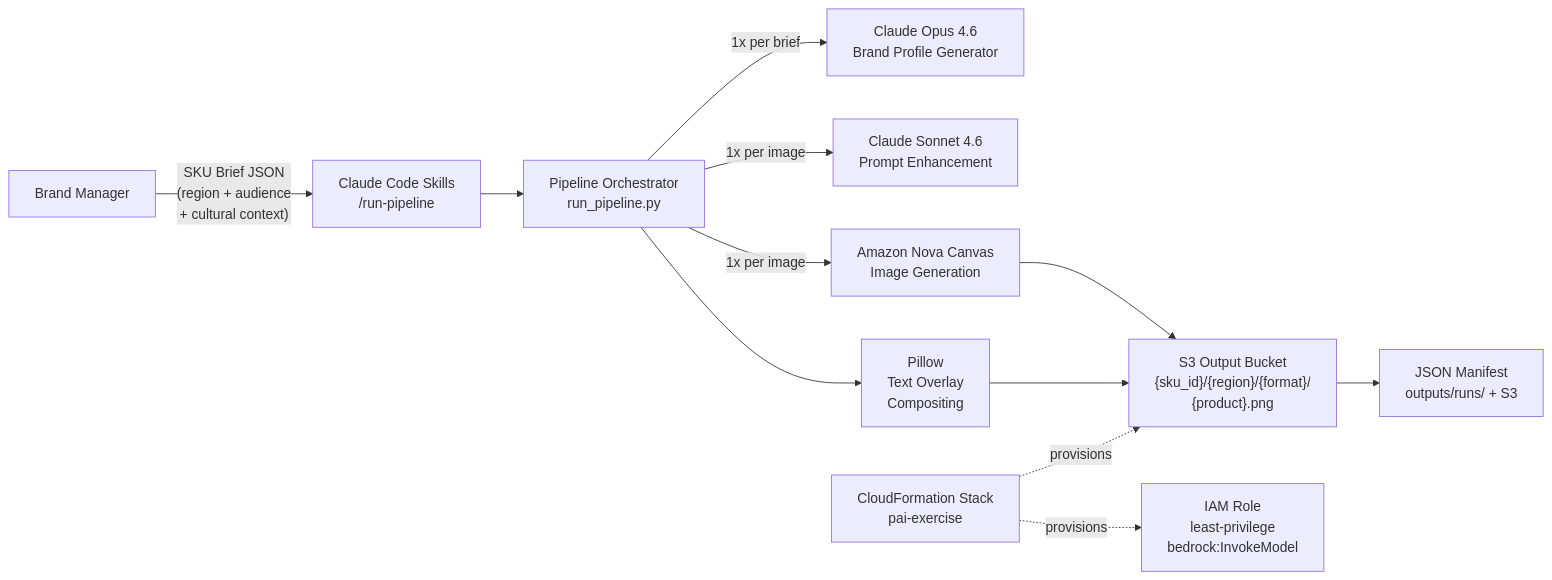
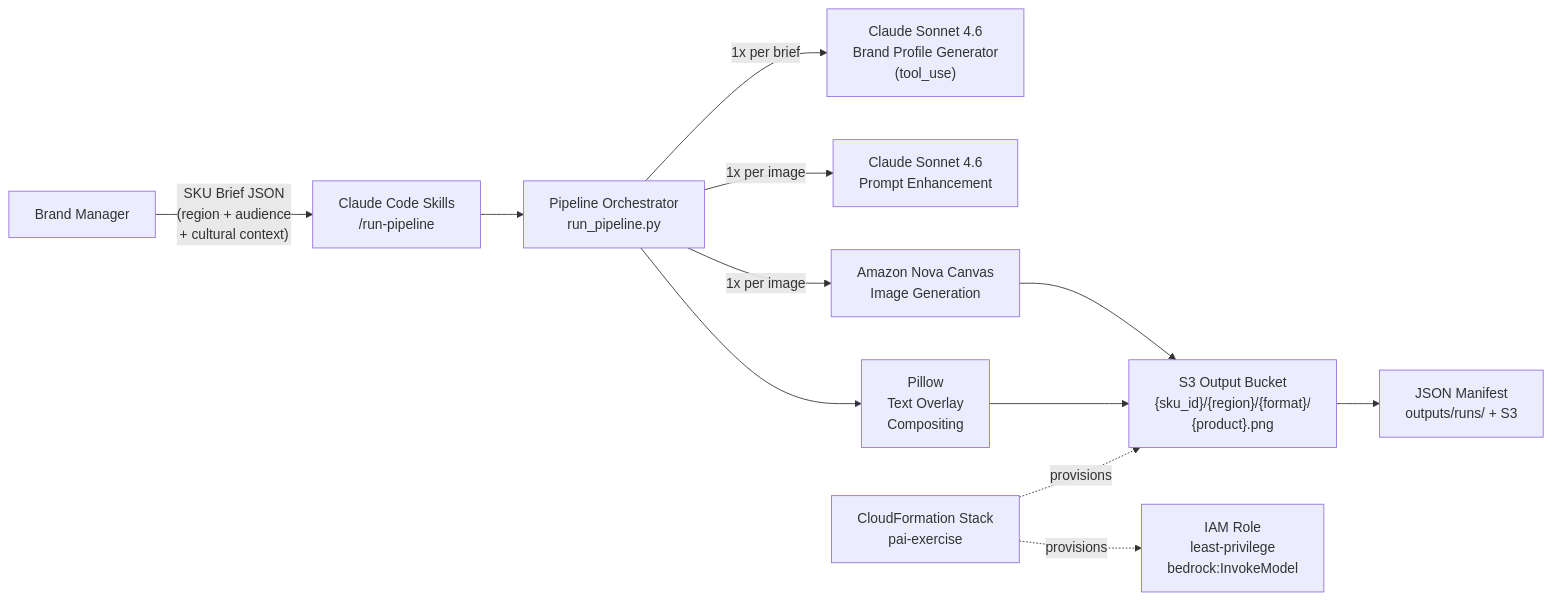
The first of 2 diagrams in docs/solution-architecture.md (praeducer/pai-take-home-exercise), drawn with Mermaid before and after one commit. The commit also changed other lines of this file and 38 other files, not shown here.

````diff
--- a/docs/solution-architecture.md
+++ b/docs/solution-architecture.md
@@ -69,14 +69,14 @@
 ```mermaid
 graph LR
     A[Brand Manager] -->|"SKU Brief JSON\n(region + audience\n+ cultural context)"| B["Claude Code Skills\n/run-pipeline"]
     B --> C["Pipeline Orchestrator\nrun_pipeline.py"]
-    C -->|"1x per brief"| D["Claude Opus 4.6\nBrand Profile Generator"]
+    C -->|"1x per brief"| D["Claude Sonnet 4.6\nBrand Profile Generator\n(tool_use)"]
     C -->|"1x per image"| E["Claude Sonnet 4.6\nPrompt Enhancement"]
     C -->|"1x per image"| F["Amazon Nova Canvas\nImage Generation"]
     C --> G["Pillow\nText Overlay\nCompositing"]
     F --> H["S3 Output Bucket\n{sku_id}/{region}/{format}/\n{product}.png"]
     G --> H
     H --> I["JSON Manifest\noutputs/runs/ + S3"]
     J["CloudFormation Stack\npai-exercise"] -.->|"provisions"| H
     J -.->|"provisions"| K["IAM Role\nleast-privilege\nbedrock:InvokeModel"]
 ```
````
